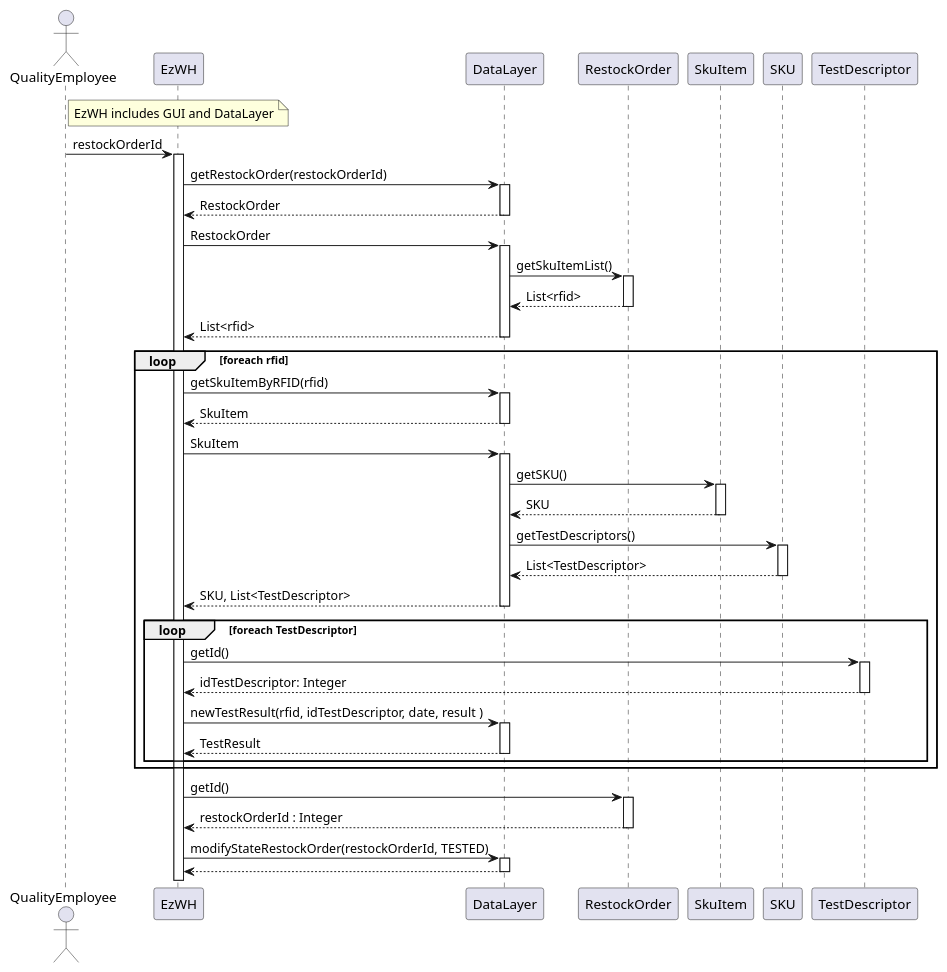
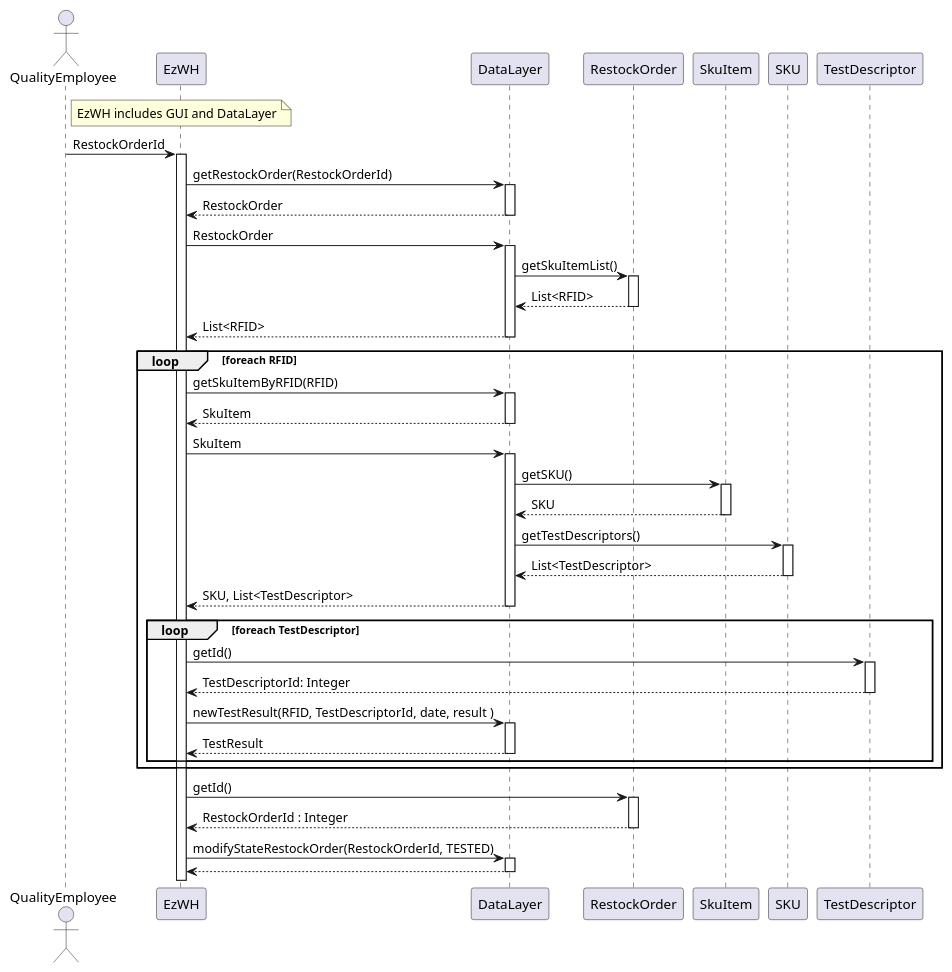
Before and after one commit to LucaFilippetti99/EzWh---Software-engineering-project: the fifth of 8 diagrams in DesignDocument.md, drawn with PlantUML. The commit also changed other lines of this file, not shown here.

````diff
--- a/DesignDocument.md
+++ b/DesignDocument.md
@@ -546,62 +546,62 @@
 ```plantuml
 
 actor QualityEmployee
 note over EzWH : EzWH includes GUI and DataLayer
-QualityEmployee -> EzWH : restockOrderId
+QualityEmployee -> EzWH : RestockOrderId
 activate EzWH
 
-EzWH -> DataLayer : getRestockOrder(restockOrderId)
+EzWH -> DataLayer : getRestockOrder(RestockOrderId)
 activate DataLayer
 return RestockOrder
 
 EzWH -> DataLayer : RestockOrder
 activate DataLayer
 
 DataLayer -> RestockOrder : getSkuItemList()
 activate RestockOrder
-return List<rfid>
+return List<RFID>
 
-return List<rfid>
+return List<RFID>
 
-loop foreach rfid
+loop foreach RFID
 
-EzWH -> DataLayer : getSkuItemByRFID(rfid)
+EzWH -> DataLayer : getSkuItemByRFID(RFID)
 activate DataLayer
 return SkuItem
 
 EzWH -> DataLayer : SkuItem
 activate DataLayer
 
 DataLayer -> SkuItem : getSKU()
 activate SkuItem
 return SKU
 
 DataLayer -> SKU : getTestDescriptors()
 activate SKU
 return List<TestDescriptor>
 
 return SKU, List<TestDescriptor>
 
 loop foreach TestDescriptor
 
 EzWH -> TestDescriptor : getId()
 activate TestDescriptor
-return idTestDescriptor: Integer
+return TestDescriptorId: Integer
 
 
-EzWH -> DataLayer : newTestResult(rfid, idTestDescriptor, date, result )
+EzWH -> DataLayer : newTestResult(RFID, TestDescriptorId, date, result )
 activate DataLayer
 return TestResult
 
 end
 
 end
 
 EzWH -> RestockOrder : getId()
 activate RestockOrder
-return restockOrderId : Integer
+return RestockOrderId : Integer
 
-EzWH -> DataLayer : modifyStateRestockOrder(restockOrderId, TESTED)
+EzWH -> DataLayer : modifyStateRestockOrder(RestockOrderId, TESTED)
 activate DataLayer
 return
 ```
````
